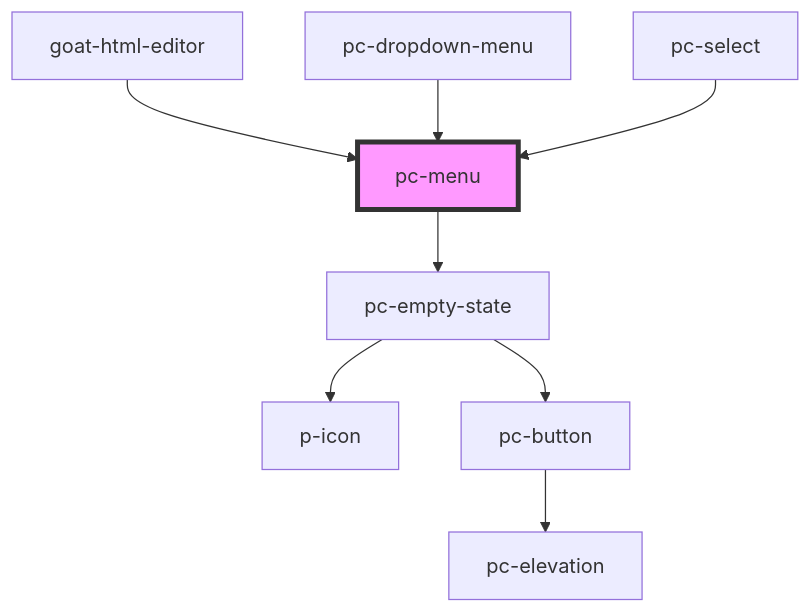
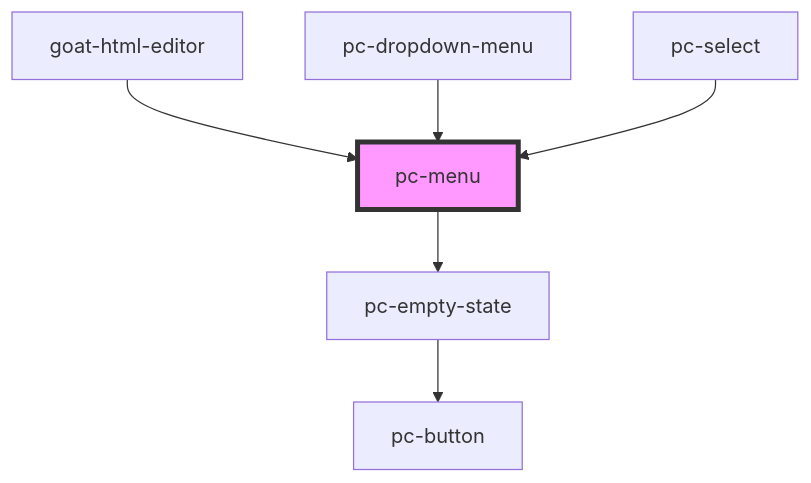
Before and after one commit to redvars/peacock: the diagram in src/components/menu/menu/readme.md, drawn with Mermaid. The commit also changed 135 other files, not shown here.

````diff
--- a/src/components/menu/menu/readme.md
+++ b/src/components/menu/menu/readme.md
@@ -48,11 +48,9 @@
 ```mermaid
 graph TD;
   pc-menu --> pc-empty-state
-  pc-empty-state --> p-icon
   pc-empty-state --> pc-button
-  pc-button --> pc-elevation
   goat-html-editor --> pc-menu
   pc-dropdown-menu --> pc-menu
   pc-select --> pc-menu
   style pc-menu fill:#f9f,stroke:#333,stroke-width:4px
 ```
````
